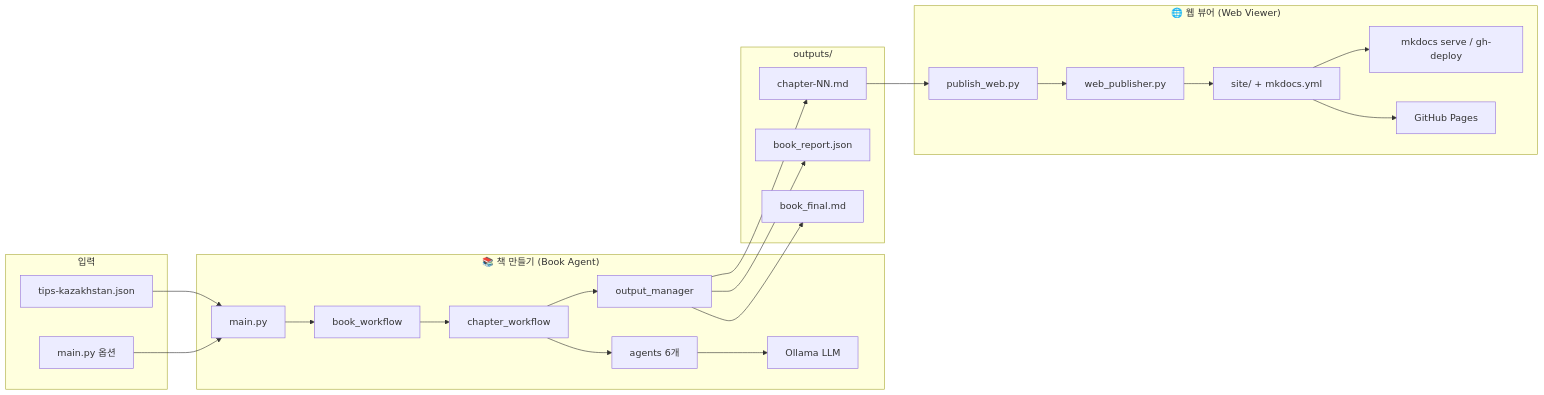
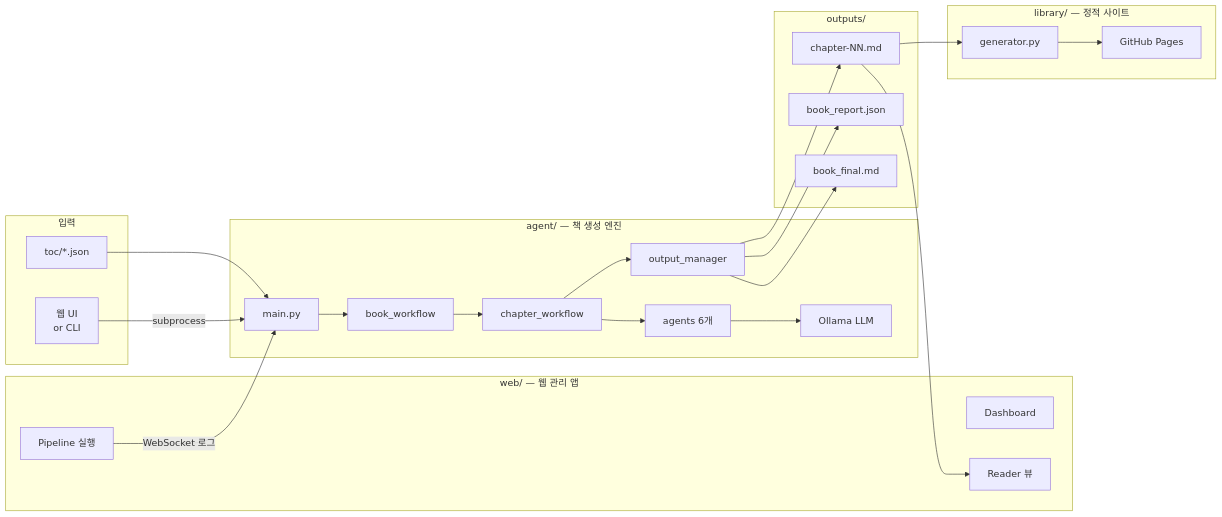
The diagram in README.md (eunbijoel/book_agent), drawn with Mermaid before and after one commit. The commit also changed other lines of this file, not shown here.

````diff
--- a/README.md
+++ b/README.md
@@ -20,41 +85,44 @@
 ```mermaid
 graph LR
     subgraph INPUT["입력"]
-        TOC[tips-kazakhstan.json]
-        CLI[main.py 옵션]
+        TOC["toc/*.json"]
+        WEBUI["웹 UI<br/>or CLI"]
     end
 
-    subgraph BOOK["📚 책 만들기 (Book Agent)"]
-        MAIN[main.py]
-        BW[book_workflow]
-        CW[chapter_workflow]
-        AG[agents 6개]
-        OM[output_manager]
-        OLLAMA[Ollama LLM]
+    subgraph AGENT["agent/ — 책 생성 엔진"]
+        MAIN["main.py"]
+        BW["book_workflow"]
+        CW["chapter_workflow"]
+        AG["agents 6개"]
+        OM["output_manager"]
+        OLLAMA["Ollama LLM"]
     end
 
     subgraph OUTPUT["outputs/"]
-        CH[chapter-NN.md]
-        REP[book_report.json]
-        FINAL[book_final.md]
+        CH["chapter-NN.md"]
+        REP["book_report.json"]
+        FINAL["book_final.md"]
     end
 
-    subgraph WEB["🌐 웹 뷰어 (Web Viewer)"]
-        PW[publish_web.py]
-        WP[web_publisher.py]
-        SITE[site/ + mkdocs.yml]
-        MK[mkdocs serve / gh-deploy]
-        GHP[GitHub Pages]
+    subgraph WEB["web/ — 웹 관리 앱"]
+        DASH["Dashboard"]
+        PIPE["Pipeline 실행"]
+        READ["Reader 뷰"]
+    end
+
+    subgraph LIBRARY["library/ — 정적 사이트"]
+        GEN["generator.py"]
+        GHP["GitHub Pages"]
     end
 
     TOC --> MAIN
-    CLI --> MAIN
+    WEBUI -->|subprocess| MAIN
     MAIN --> BW --> CW --> AG --> OLLAMA
     CW --> OM --> CH
     OM --> REP
     OM --> FINAL
 
-    CH --> PW
-    PW --> WP --> SITE --> MK
-    SITE --> GHP
+    CH --> READ
+    CH --> GEN --> GHP
+    PIPE -->|WebSocket 로그| MAIN
 ```
````
